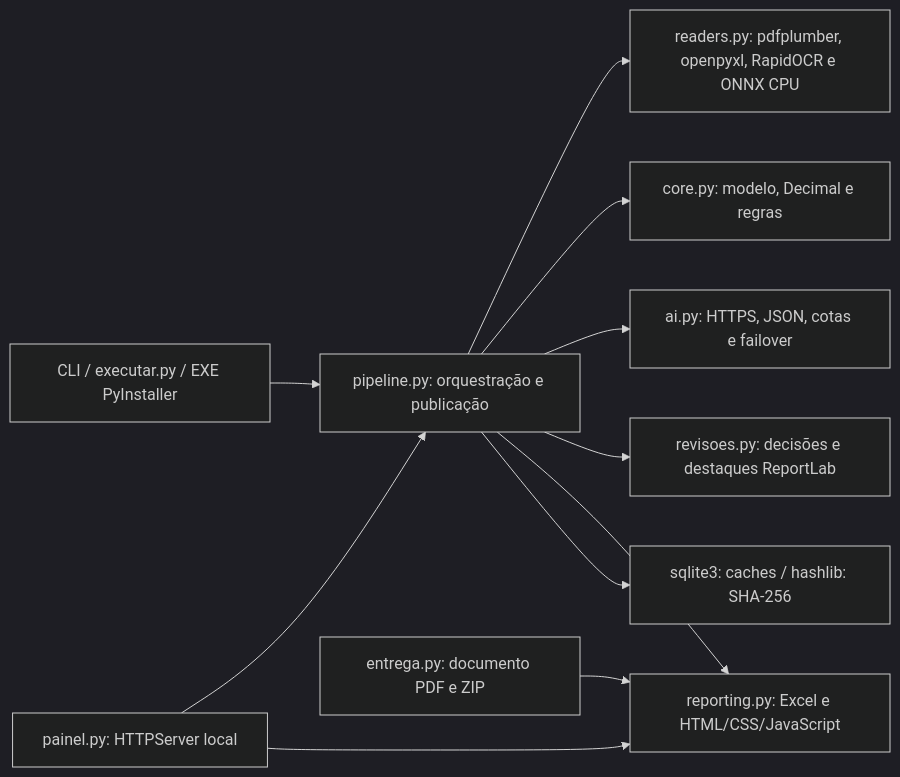
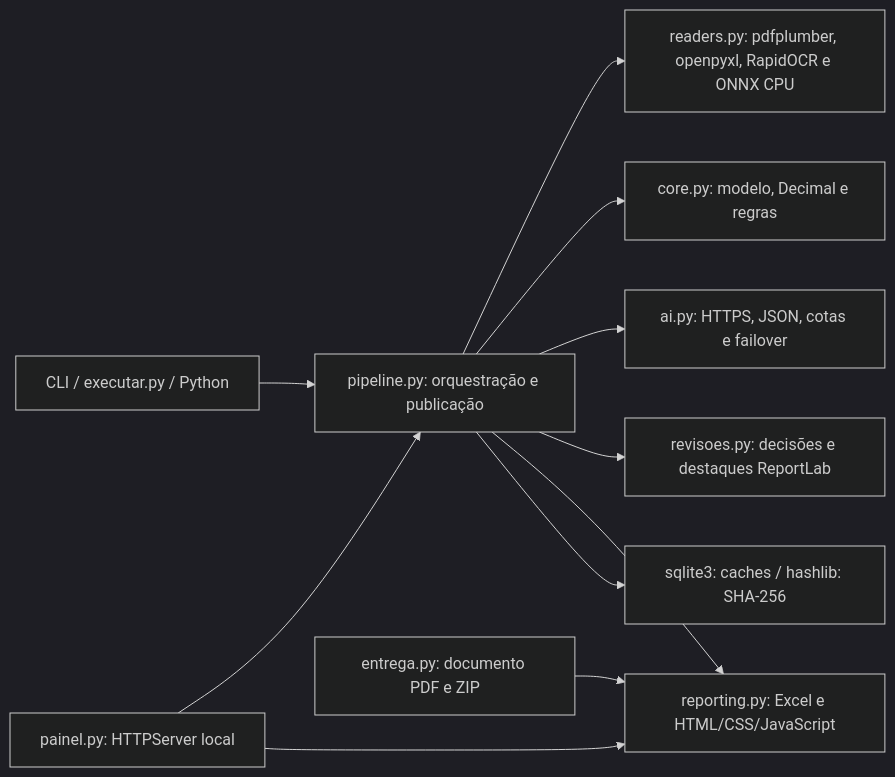
One commit to felipexxxxx/goener-case changed the third of 3 diagrams in README.md. Above: the diagram before and after it, drawn with Mermaid (dark theme). The commit also changed other lines of this file and 9 other files, not shown here.

Commit message:
Substitui distribuicao PyInstaller por Python e iniciador CMD

````diff
--- a/README.md
+++ b/README.md
@@ -293,13 +278,13 @@
 ```mermaid
 flowchart LR
-    A[CLI / executar.py / EXE PyInstaller] --> B[pipeline.py: orquestração e publicação]
+    A[CLI / executar.py / Python] --> B[pipeline.py: orquestração e publicação]
     B --> C[readers.py: pdfplumber, openpyxl, RapidOCR e ONNX CPU]
     B --> D[core.py: modelo, Decimal e regras]
     B --> E[ai.py: HTTPS, JSON, cotas e failover]
     B --> F[revisoes.py: decisões e destaques ReportLab]
     B --> G[reporting.py: Excel e HTML/CSS/JavaScript]
     H[painel.py: HTTPServer local] --> B
     H --> G
     B --> I[sqlite3: caches / hashlib: SHA-256]
     J[entrega.py: documento PDF e ZIP] --> G
 ```
````
